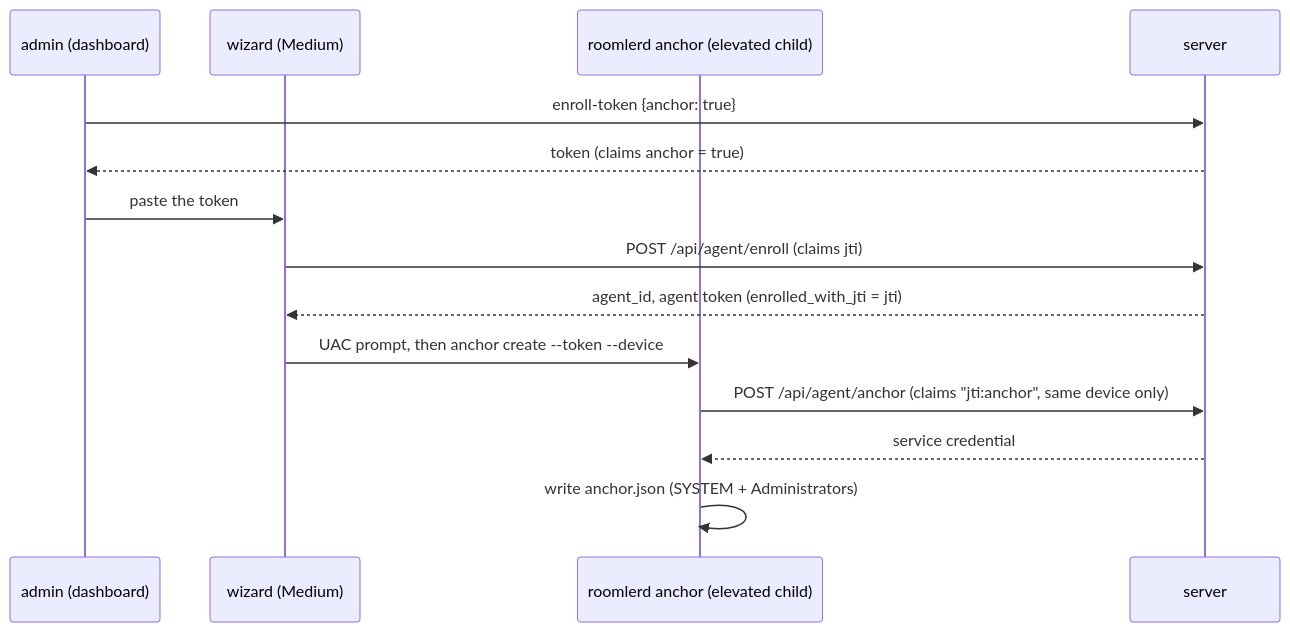
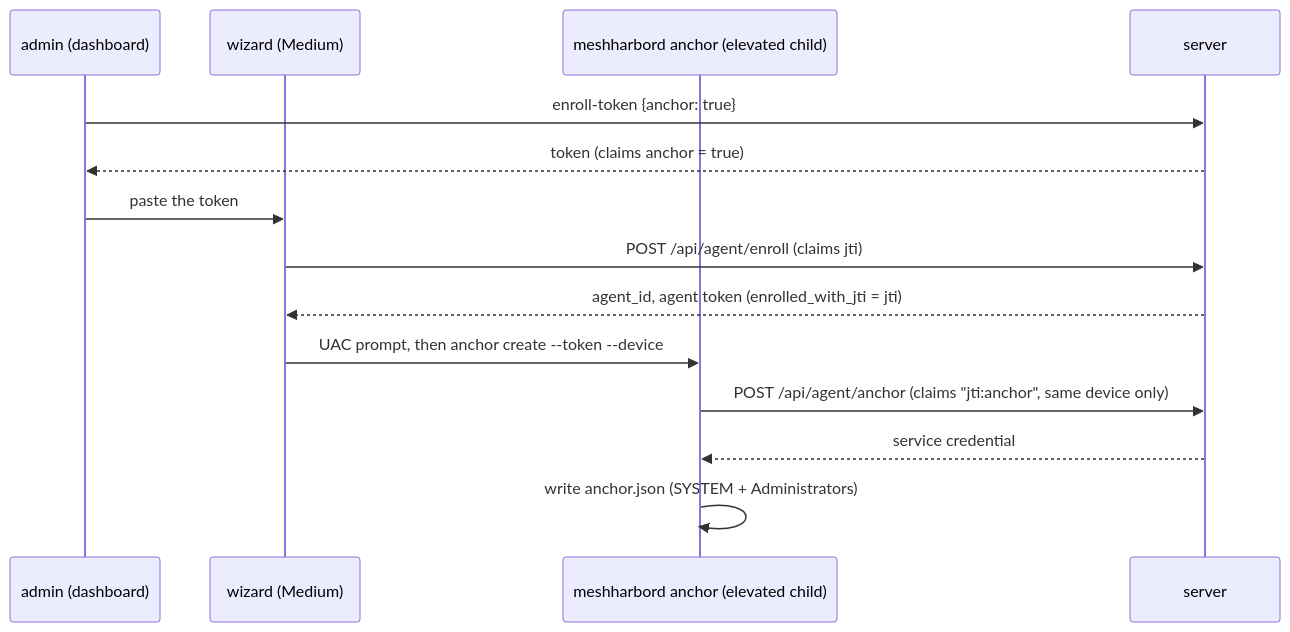
One commit to jk-zhang-meta/MeshHarbor changed the diagram in docs/fr/FR-104-wizard-anchors-windows-devices.md. Above: the diagram before and after it, drawn with Mermaid. The commit also changed other lines of this file and 682 other files, not shown here.

````diff
--- a/docs/fr/FR-104-wizard-anchors-windows-devices.md
+++ b/docs/fr/FR-104-wizard-anchors-windows-devices.md
@@ -68,16 +68,16 @@
 ```mermaid
 sequenceDiagram
   participant A as admin (dashboard)
   participant W as wizard (Medium)
-  participant E as roomlerd anchor (elevated child)
+  participant E as meshharbord anchor (elevated child)
   participant S as server
   A->>S: enroll-token {anchor: true}
   S-->>A: token (claims anchor = true)
   A->>W: paste the token
   W->>S: POST /api/agent/enroll (claims jti)
   S-->>W: agent_id, agent token (enrolled_with_jti = jti)
   W->>E: UAC prompt, then anchor create --token --device
   E->>S: POST /api/agent/anchor (claims "jti:anchor", same device only)
   S-->>E: service credential
   E->>E: write anchor.json (SYSTEM + Administrators)
 ```
````
